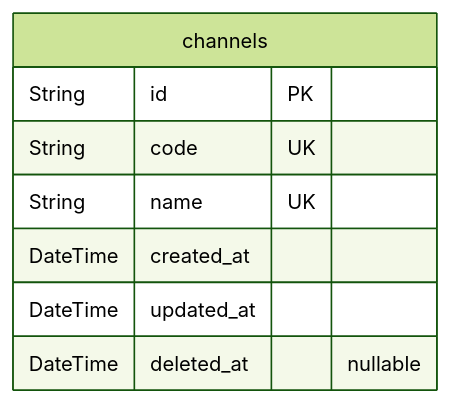
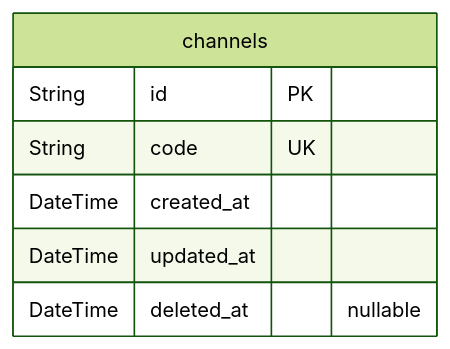
Before and after one commit to wrtnio/connectors: the second of 8 diagrams in docs/ERD.md, drawn with Mermaid (forest theme). The commit also changed other lines of this file and 9 other files, not shown here.

````diff
--- a/docs/ERD.md
+++ b/docs/ERD.md
@@ -74,11 +74,10 @@
 ```mermaid
 erDiagram
 "channels" {
   String id PK
   String code UK
-  String name UK
   DateTime created_at
   DateTime updated_at
   DateTime deleted_at "nullable"
 }
 ```
````
